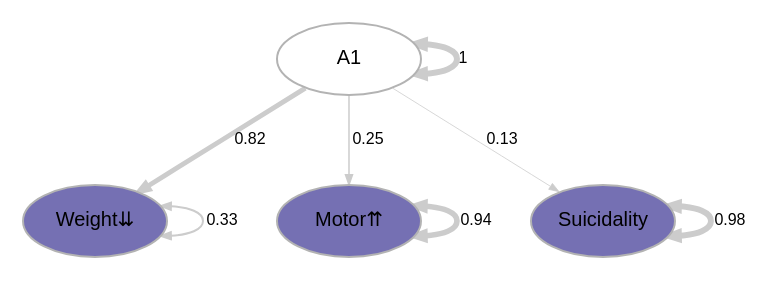
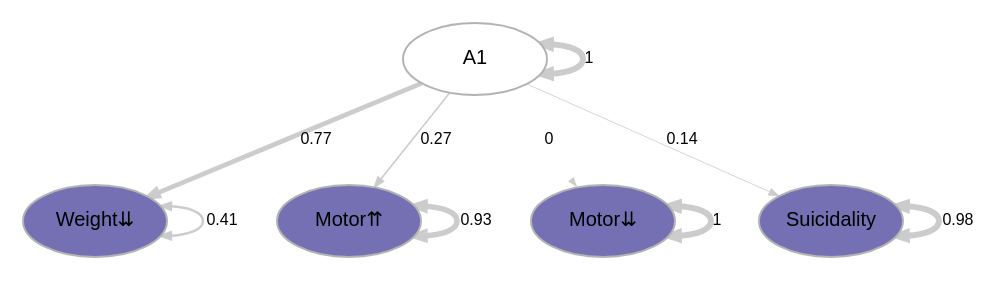
Before and after one commit to ccbs-stradl/mdd-symptom-gwas: the diagram in mdd-symptom-gsem_files/pgc_commonfactor_constr.gv, drawn with Graphviz. The commit also changed 9 other files, not shown here.

```diff
--- a/mdd-symptom-gsem_files/pgc_commonfactor_constr.gv
+++ b/mdd-symptom-gsem_files/pgc_commonfactor_constr.gv
@@ -1,35 +1,38 @@
 digraph {
 
 graph [layout = "dot",
        rankdir = "TB",
        outputorder = "edgesfirst",
        bgcolor = "white"]
 
 node [fontname = "Helvetica",
       fontsize = "10",
       shape = "circle",
       fixedsize = "true",
       width = "0.5",
       style = "filled",
       fillcolor = "aliceblue",
       color = "gray70",
       fontcolor = "gray50"]
 
 edge [fontname = "Helvetica",
      fontsize = "8",
      len = "1.5",
      color = "gray80",
      arrowsize = "0.5"]
 
   "1" [label = "A1", shape = "oval", width = "1", fillcolor = "white", fontcolor = "black"] 
   "2" [label = "Weight⇊", shape = "oval", width = "1", fillcolor = "#7570b3", fontcolor = "black"] 
   "3" [label = "Motor⇈", shape = "oval", width = "1", fillcolor = "#7570b3", fontcolor = "black"] 
-  "4" [label = "Suicidality", shape = "oval", width = "1", fillcolor = "#7570b3", fontcolor = "black"] 
+  "4" [label = "Motor⇊", shape = "oval", width = "1", fillcolor = "#7570b3", fontcolor = "black"] 
+  "5" [label = "Suicidality", shape = "oval", width = "1", fillcolor = "#7570b3", fontcolor = "black"] 
 "1"->"1" [label = "1", penwidth = "3", dir = "both"] 
-"1"->"2" [label = "0.82", penwidth = "2.45341874946995", dir = "forward"] 
-"1"->"3" [label = "0.25", penwidth = "0.749516591454706", dir = "forward"] 
-"1"->"4" [label = "0.13", penwidth = "0.390014569360628", dir = "forward"] 
-"2"->"2" [label = "0.33", penwidth = "0.993578803453168", dir = "both"] 
-"3"->"3" [label = "0.94", penwidth = "2.81274163173063", dir = "both"] 
-"4"->"4" [label = "0.98", penwidth = "2.94929620878518", dir = "both"] 
+"1"->"2" [label = "0.77", penwidth = "2.31000139642394", dir = "forward"] 
+"1"->"3" [label = "0.27", penwidth = "0.795039962049158", dir = "forward"] 
+"1"->"4" [label = "0", penwidth = "0.003", dir = "forward"] 
+"1"->"5" [label = "0.14", penwidth = "0.410503948221204", dir = "forward"] 
+"2"->"2" [label = "0.41", penwidth = "1.22129769842696", dir = "both"] 
+"3"->"3" [label = "0.93", penwidth = "2.78930382324371", dir = "both"] 
+"4"->"4" [label = "1", penwidth = "2.99999696972363", dir = "both"] 
+"5"->"5" [label = "0.98", penwidth = "2.943828923645", dir = "both"] 
 }
```
